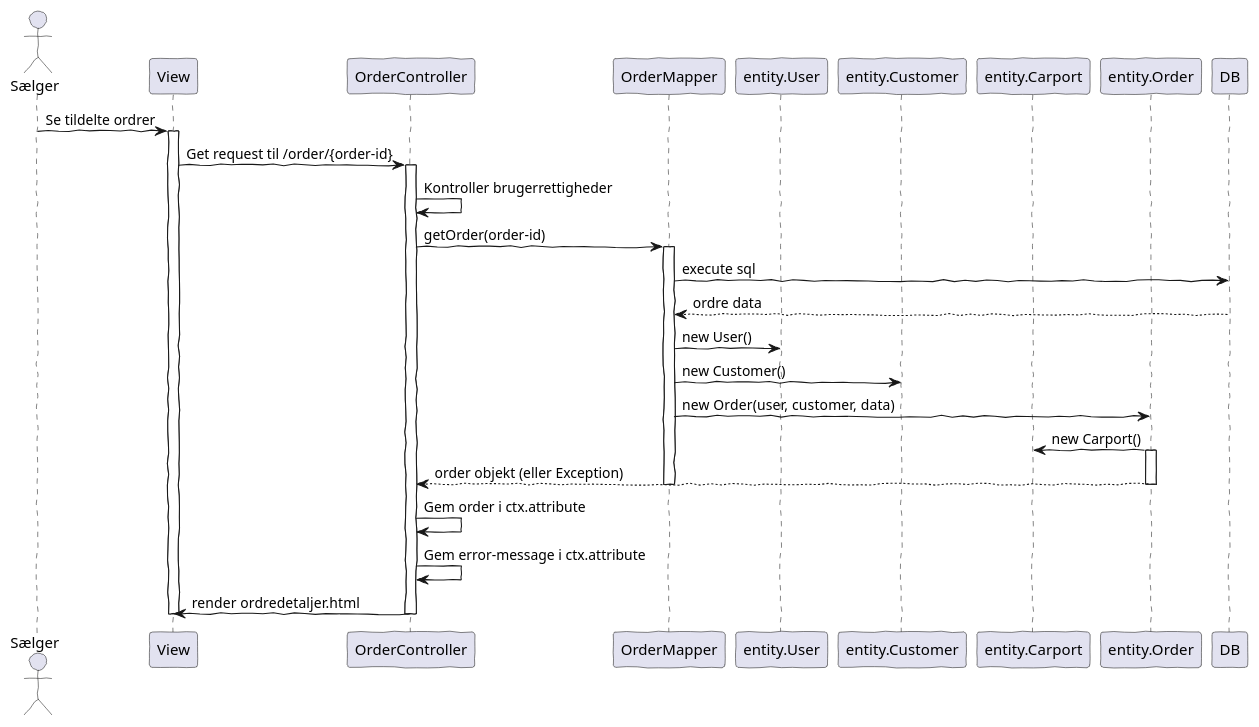
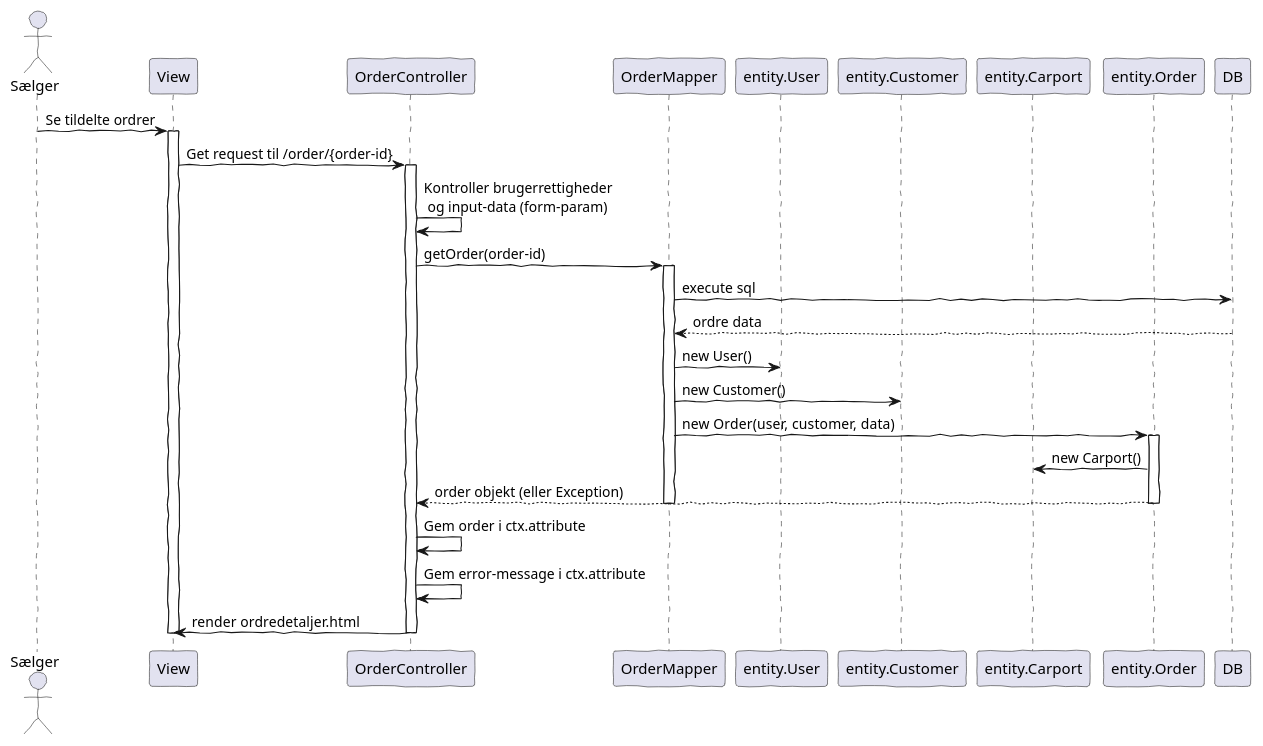
The diagram in docs/us15-sequence.puml (AndyTheDragon/Fog-projektet), drawn with PlantUML before and after one commit. The commit also changed 4 other files, not shown here.

Commit message:
opdaterede sekvensdiagrammer

```diff
--- a/docs/us15-sequence.puml
+++ b/docs/us15-sequence.puml
@@ -1,42 +1,42 @@
 @startuml
 'https://plantuml.com/sequence-diagram
 !pragma layout smetana
 skinparam handwritten true
 
 actor Sælger
 participant View as V
 participant "OrderController" as C
 participant "OrderMapper" as M
 participant entity.User as User
 participant entity.Customer as Customer
 participant entity.Carport as Carport
 participant entity.Order as Order
 participant DB
 
 
 Sælger -> V: Se tildelte ordrer
 activate V
 
 V -> C: Get request til /order/{order-id}
 activate C
-C -> C: Kontroller brugerrettigheder
+C -> C: Kontroller brugerrettigheder\n og input-data (form-param)
 C -> M: getOrder(order-id)
 activate M
 M -> DB: execute sql
 DB --> M: ordre data
 M -> User : new User()
 M -> Customer: new Customer()
 M -> Order: new Order(user, customer, data)
+activate Order
 Order -> Carport: new Carport()
-activate Order
 Order --> C: order objekt (eller Exception)
 deactivate Order
 deactivate M
 C -> C: Gem order i ctx.attribute
 C -> C: Gem error-message i ctx.attribute
 C -> V: render ordredetaljer.html
 deactivate C
 
 deactivate V
 
 @enduml
```
